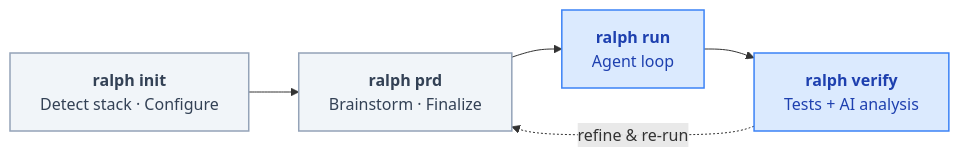
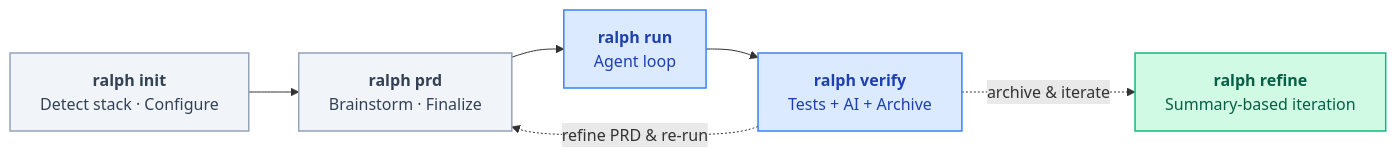
Before and after one commit to scripness/ralph: the first of 3 diagrams in README.md, drawn with Mermaid. The commit also changed other lines of this file and 22 other files, not shown here.

First line of the commit message:
feat: add summary-based feature lifecycle (archive + refine)

````diff
--- a/README.md
+++ b/README.md
@@ -365,13 +362,16 @@
 ```mermaid
 flowchart LR
     init["<b>ralph init</b><br/>Detect stack · Configure"]:::setup
     prd["<b>ralph prd</b><br/>Brainstorm · Finalize"]:::setup
     run["<b>ralph run</b><br/>Agent loop"]:::exec
-    verify["<b>ralph verify</b><br/>Tests + AI analysis"]:::exec
+    verify["<b>ralph verify</b><br/>Tests + AI + Archive"]:::exec
+    refine["<b>ralph refine</b><br/>Summary-based iteration"]:::iter
 
     init --> prd --> run --> verify
-    verify -. "refine & re-run" .-> prd
+    verify -. "refine PRD & re-run" .-> prd
+    verify -. "archive & iterate" .-> refine
 
     classDef setup fill:#f1f5f9,stroke:#94a3b8,stroke-width:1.5px,color:#334155
     classDef exec fill:#dbeafe,stroke:#3b82f6,stroke-width:1.5px,color:#1e40af
+    classDef iter fill:#d1fae5,stroke:#10b981,stroke-width:1.5px,color:#065f46
 ```
````
